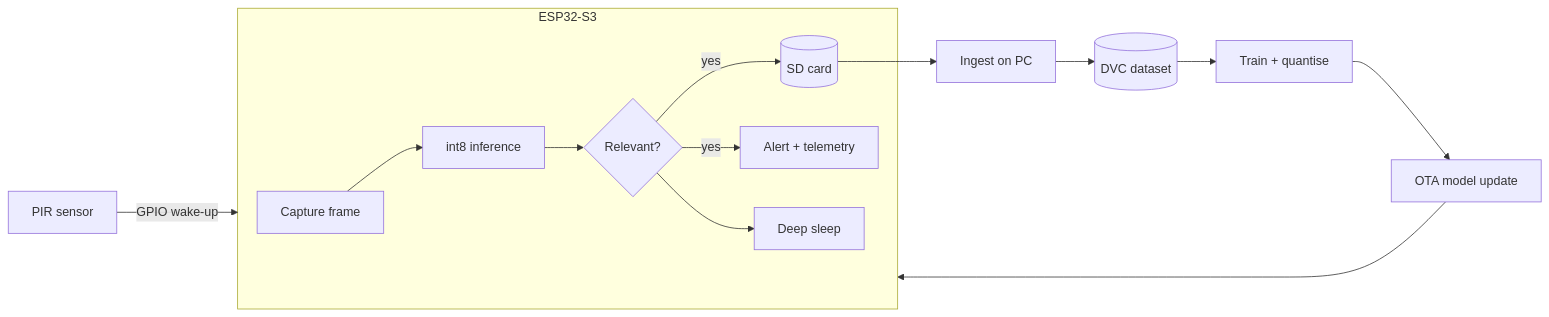
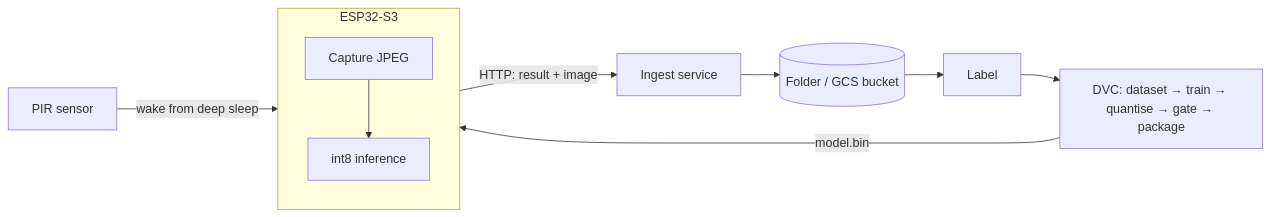
One commit to FranciscoLiquito19/esp32-edge-mlops changed the diagram in README.md. Above: the diagram before and after it, drawn with Mermaid. The commit also changed other lines of this file and 11 other files, not shown here.

````diff
--- a/README.md
+++ b/README.md
@@ -16,16 +18,12 @@
 ```mermaid
 flowchart LR
-    PIR[PIR sensor] -->|GPIO wake-up| MCU
+    PIR[PIR sensor] -->|wake from deep sleep| MCU
     subgraph MCU[ESP32-S3]
-        CAM[Capture frame] --> INF[int8 inference]
-        INF --> DEC{Relevant?}
-        DEC -->|yes| SD[(SD card)]
-        DEC -->|yes| NET[Alert + telemetry]
-        DEC --> SLEEP[Deep sleep]
+        CAM[Capture JPEG] --> INF[int8 inference]
     end
-    SD --> ING[Ingest on PC]
-    ING --> DVC[(DVC dataset)]
-    DVC --> TRAIN[Train + quantise]
-    TRAIN --> OTA[OTA model update]
-    OTA --> MCU
+    MCU -->|HTTP: result + image| ING[Ingest service]
+    ING --> ST[(Folder / GCS bucket)]
+    ST --> LAB[Label]
+    LAB --> PIPE[DVC: dataset → train → quantise → gate → package]
+    PIPE -->|model.bin| MCU
 ```
````
